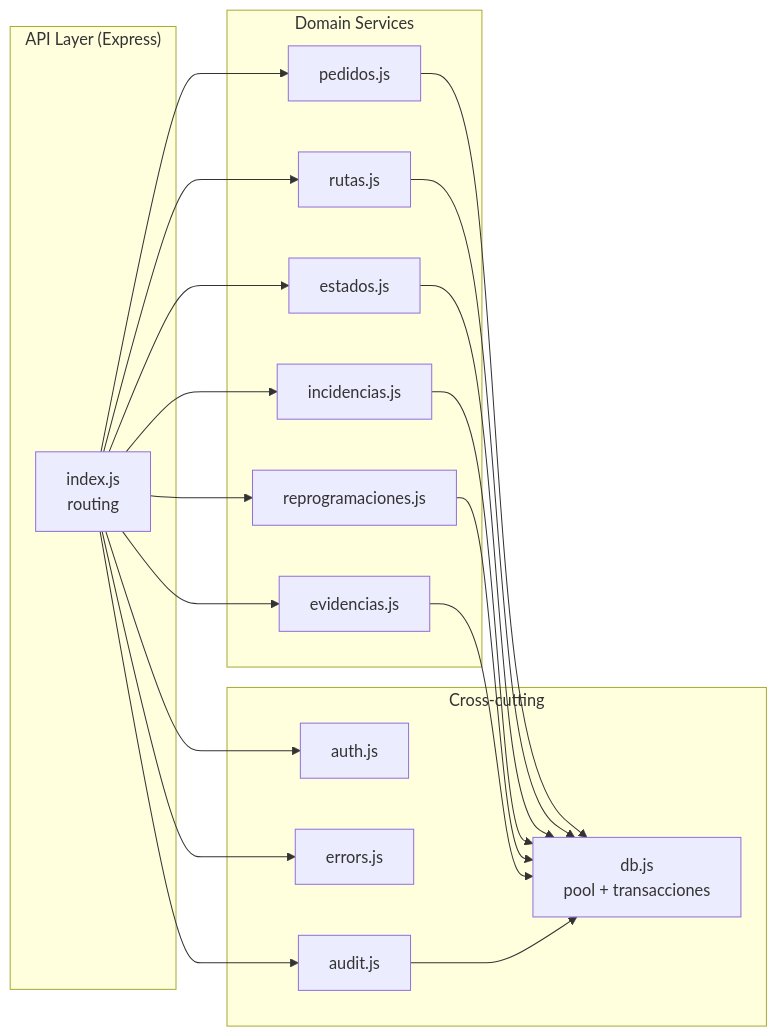
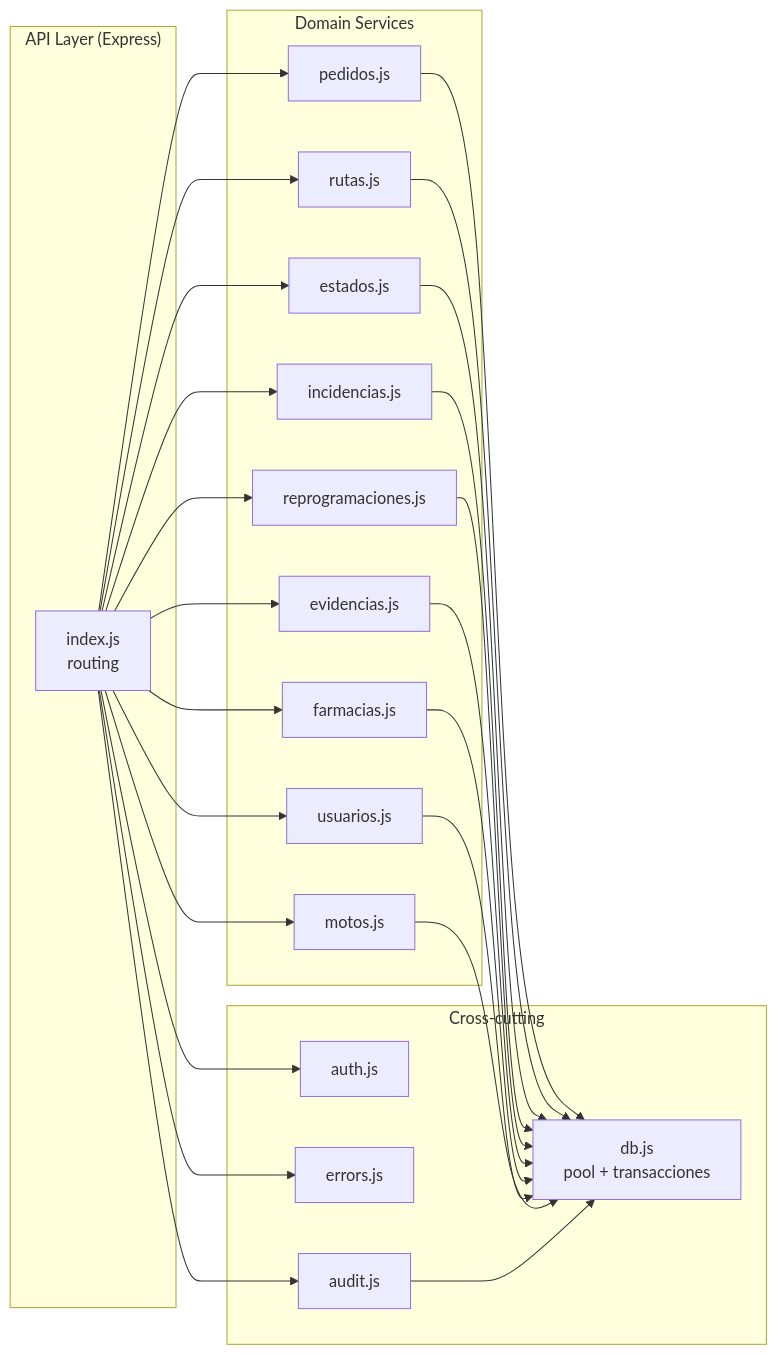
One commit to fazchile17/Discopro-LogiCo changed the third of 20 diagrams in Logico/docs/02-arquitectura-4+1.md. Above: the diagram before and after it, drawn with Mermaid. The commit also changed other lines of this file and 45 other files, not shown here.

````diff
--- a/Logico/docs/02-arquitectura-4+1.md
+++ b/Logico/docs/02-arquitectura-4+1.md
@@ -140,36 +205,45 @@
 ```mermaid
 graph LR
     subgraph "API Layer (Express)"
         IDX[index.js<br/>routing]
     end
     subgraph "Domain Services"
         PED[pedidos.js]
         RUT[rutas.js]
         EST[estados.js]
         INC[incidencias.js]
         REP[reprogramaciones.js]
         EVI[evidencias.js]
+        FAR[farmacias.js]
+        USR[usuarios.js]
+        MOT[motos.js]
     end
     subgraph "Cross-cutting"
         AUTH[auth.js]
         ERR[errors.js]
         AUD[audit.js]
         DB[db.js<br/>pool + transacciones]
     end
     IDX --> AUTH
     IDX --> PED
     IDX --> RUT
     IDX --> EST
     IDX --> INC
     IDX --> REP
     IDX --> EVI
+    IDX --> FAR
+    IDX --> USR
+    IDX --> MOT
     IDX --> AUD
     PED --> DB
     RUT --> DB
     EST --> DB
     INC --> DB
     REP --> DB
     EVI --> DB
+    FAR --> DB
+    USR --> DB
+    MOT --> DB
     AUD --> DB
     IDX --> ERR
 ```
````
